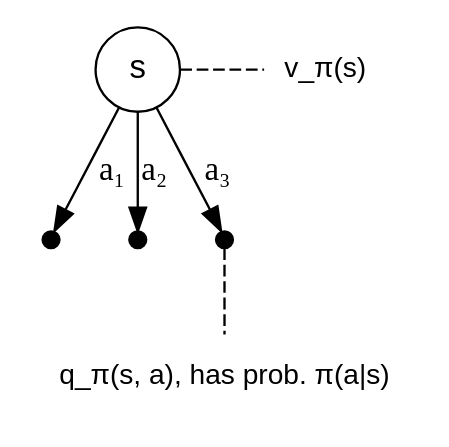
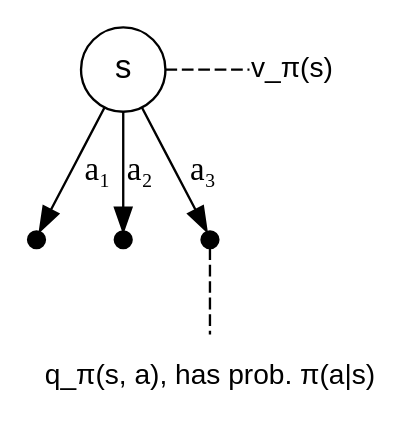
The second of 3 diagrams in chapters/03-finite-markov-decision-processes.qmd (julxi/notes_and_solutions_reinforcement_learning), drawn with Graphviz before and after one commit. The commit also changed other lines of this file and 3 other files, not shown here.

````diff
--- a/chapters/03-finite-markov-decision-processes.qmd
+++ b/chapters/03-finite-markov-decision-processes.qmd
@@ -655,28 +669,28 @@
 ```{dot}
 //| fig-width: 4
 digraph PolicyDiagram {
     rankdir=TB;
-    node [shape=circle, fontname="Helvetica"];
+    node [shape=circle, fontname="Helvetica", margin=0];
     
     s [label="s"];
 
     node [shape=point, width=0.1];
     a1; a2; a3;
 
     // Actions from state s
     s -> a1 [label="a₁"];
     s -> a2 [label="a₂"];
     s -> a3 [label="a₃"];
 
     // Invisible nodes for labels
     node [shape=plaintext, fontname="Helvetica", fontsize=12];
     vpi [label="v_π(s)", shape=plaintext];
     qpi [label="q_π(s, a), has prob. π(a|s)", shape=plaintext];
 
     { rank=same; s, vpi}
 
     // Positioning labels
     s -> vpi [style=dashed, arrowhead=none];
     a3 -> qpi [style=dashed, arrowhead=none];
 }
 ```
````
